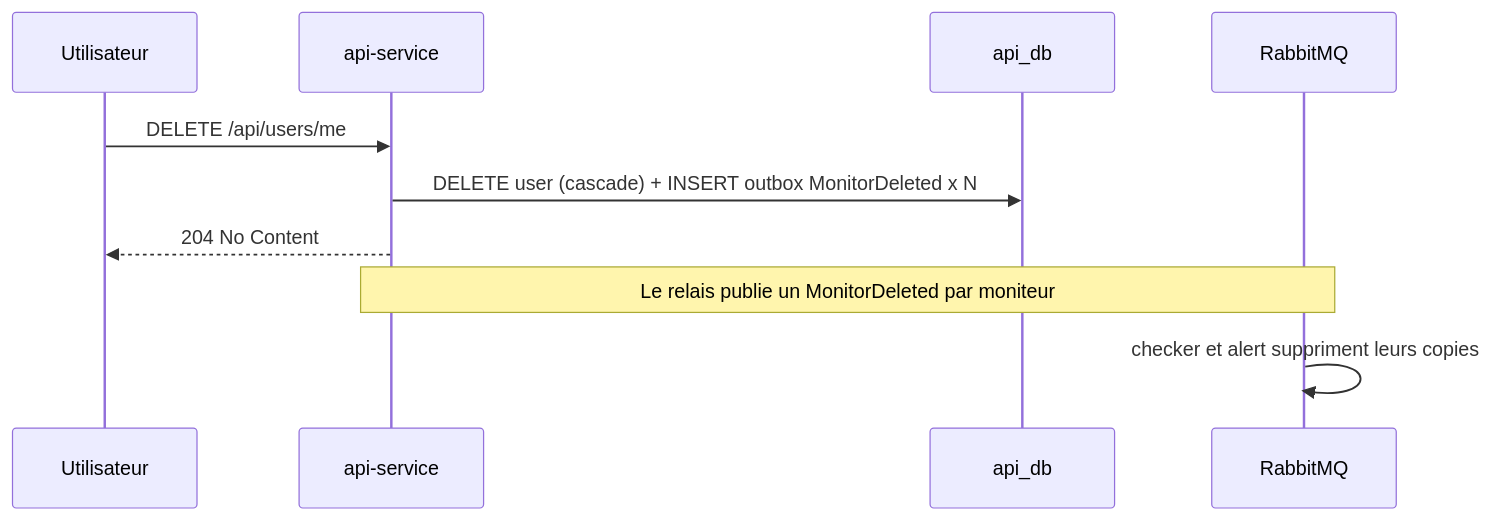
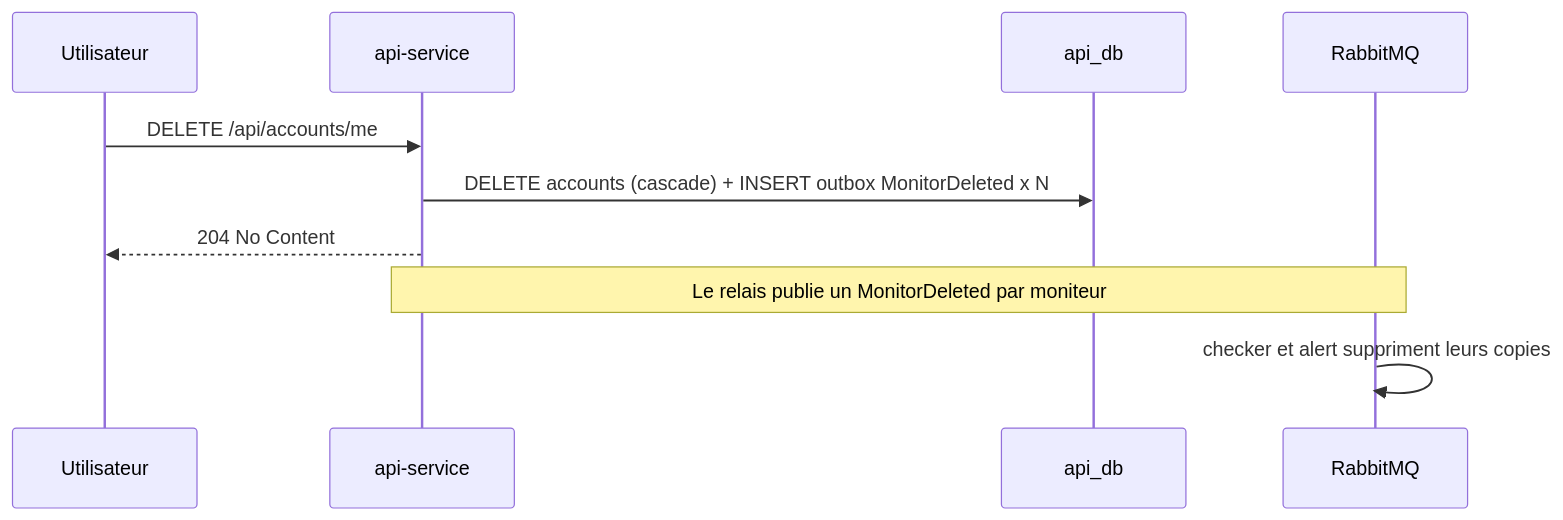
One commit to dylanhanique/sentinel changed the fifth of 5 diagrams in docs/flows.md. Above: the diagram before and after it, drawn with Mermaid. The commit also changed 4 other files, not shown here.

````diff
--- a/docs/flows.md
+++ b/docs/flows.md
@@ -101,12 +101,12 @@
 ```mermaid
 sequenceDiagram
     participant U as Utilisateur
     participant A as api-service
     participant DB as api_db
     participant Q as RabbitMQ
-    U->>A: DELETE /api/users/me
-    A->>DB: DELETE user (cascade) + INSERT outbox MonitorDeleted x N
+    U->>A: DELETE /api/accounts/me
+    A->>DB: DELETE accounts (cascade) + INSERT outbox MonitorDeleted x N
     A-->>U: 204 No Content
     Note over A,Q: Le relais publie un MonitorDeleted par moniteur
     Q->>Q: checker et alert suppriment leurs copies
 ```
````
